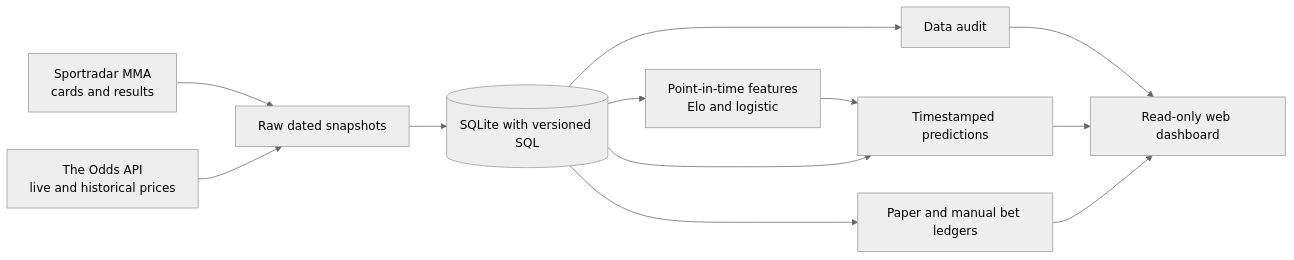
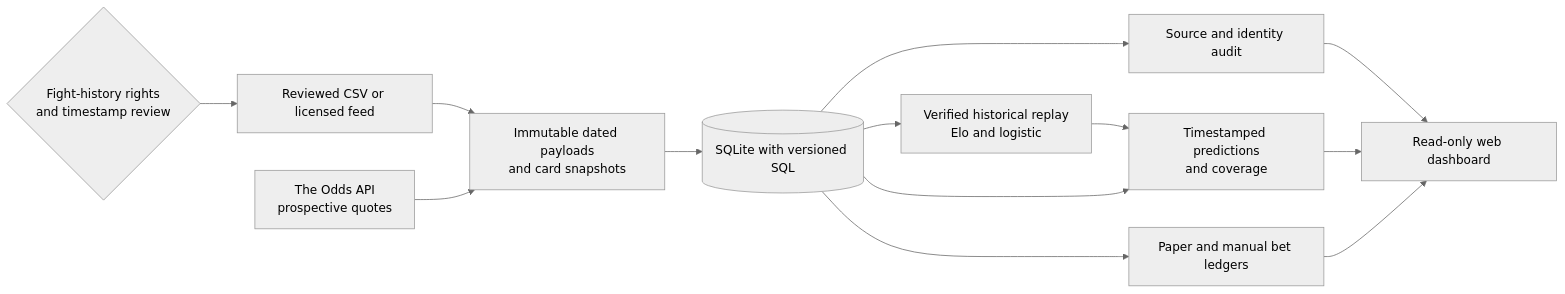
The diagram in docs/WEB_APP_PLAN.md (tylerdobson/UFC-Prediction-Model), drawn with Mermaid (neutral theme) before and after one commit. The commit also changed other lines of this file and 43 other files, not shown here.

````diff
--- a/docs/WEB_APP_PLAN.md
+++ b/docs/WEB_APP_PLAN.md
@@ -22,14 +22,15 @@
 ```mermaid
 flowchart LR
-  SR[Sportradar MMA<br/>cards and results] --> RAW[Raw dated snapshots]
-  ODDS[The Odds API<br/>live and historical prices] --> RAW
+  RIGHTS{Fight-history rights<br/>and timestamp review} --> SOURCE[Reviewed CSV or licensed feed]
+  SOURCE --> RAW[Immutable dated payloads<br/>and card snapshots]
+  ODDS[The Odds API<br/>prospective quotes] --> RAW
   RAW --> SQL[(SQLite with versioned SQL)]
-  SQL --> AUDIT[Data audit]
-  SQL --> MODEL[Point-in-time features<br/>Elo and logistic]
-  MODEL --> REPORT[Timestamped predictions]
+  SQL --> AUDIT[Source and identity audit]
+  SQL --> MODEL[Verified historical replay<br/>Elo and logistic]
+  MODEL --> REPORT[Timestamped predictions<br/>and coverage]
   SQL --> REPORT
   AUDIT --> WEB[Read-only web dashboard]
   REPORT --> WEB
   SQL --> PAPER[Paper and manual bet ledgers]
   PAPER --> WEB
 ```
````
